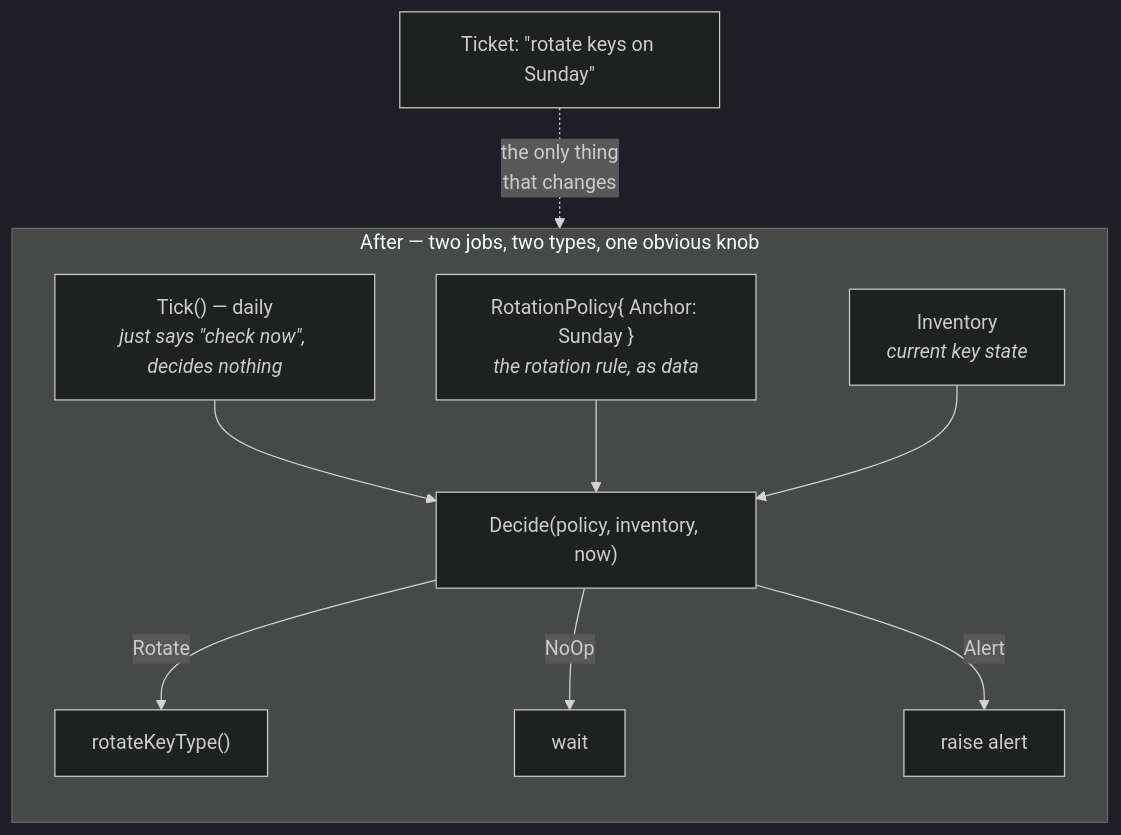
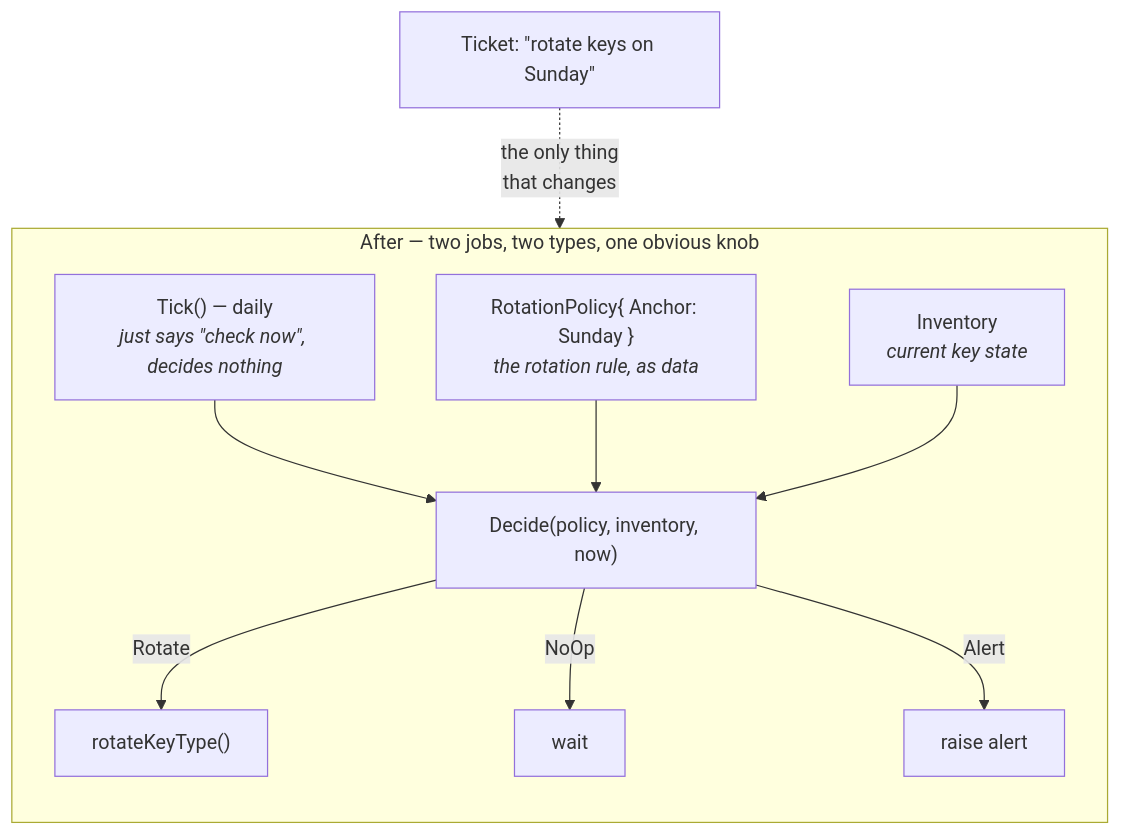
The second of 2 diagrams in articles/k8s-cron-and-gate.md (ondemandenv/ondemandenv.github.io), drawn with Mermaid before and after one commit. The commit also changed other lines of this file and 1 other file, not shown here.

First paragraph of the commit message:
Fix inline Mermaid rendering: stop pan-zoom collapsing embedded diagrams
Two independent defects made every inline fenced ```mermaid block
effectively invisible on the site. k8s-cron-and-gate was the only article
using that path, so both of its diagrams were broken in production.

````diff
--- a/articles/k8s-cron-and-gate.md
+++ b/articles/k8s-cron-and-gate.md
@@ -97,15 +96,14 @@
 ```mermaid
-%%{init: {'theme':'dark'}}%%
 flowchart TD
     subgraph AFTER["After — two jobs, two types, one obvious knob"]
         direction TB
         tick["Tick() — daily<br/><i>just says &quot;check now&quot;, decides nothing</i>"] --> decide["Decide(policy, inventory, now)"]
         policy["RotationPolicy{ Anchor: Sunday }<br/><i>the rotation rule, as data</i>"] --> decide
         inv["Inventory<br/><i>current key state</i>"] --> decide
         decide -->|Rotate| rotateA["rotateKeyType()"]
         decide -->|NoOp| waitA["wait"]
         decide -->|Alert| alertA["raise alert"]
     end
 
     ticketA["Ticket: &quot;rotate keys on Sunday&quot;"] -.->|the only thing<br/>that changes| policy
 ```
````
